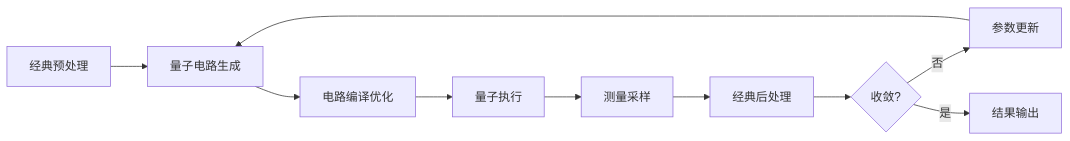
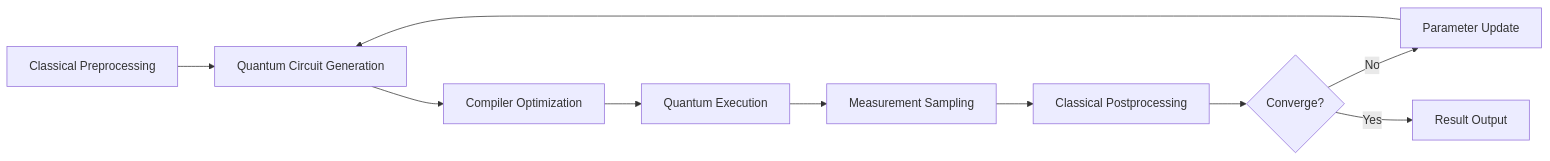
Before and after one commit to teaglebuilt/knowledge-tree: the second of 3 diagrams in tree/application/architecture/quantum-computing-cloud.md, drawn with Mermaid. The commit also changed other lines of this file and 7 other files, not shown here.

````diff
--- a/tree/application/architecture/quantum-computing-cloud.md
+++ b/tree/application/architecture/quantum-computing-cloud.md
@@ -162,12 +162,12 @@
 ```mermaid
 flowchart LR
-    A[经典预处理] --> B[量子电路生成]
-    B --> C[电路编译优化]
-    C --> D[量子执行]
-    D --> E[测量采样]
-    E --> F[经典后处理]
-    F --> G{收敛?}
-    G -->|否| H[参数更新]
+    A[Classical Preprocessing] --> B[Quantum Circuit Generation]
+    B --> C[Compiler Optimization]
+    C --> D[Quantum Execution]
+    D --> E[Measurement Sampling]
+    E --> F[Classical Postprocessing]
+    F --> G{Converge?}
+    G -->|No| H[Parameter Update]
     H --> B
-    G -->|是| I[结果输出]
+    G -->|Yes| I[Result Output]
 ```
````
